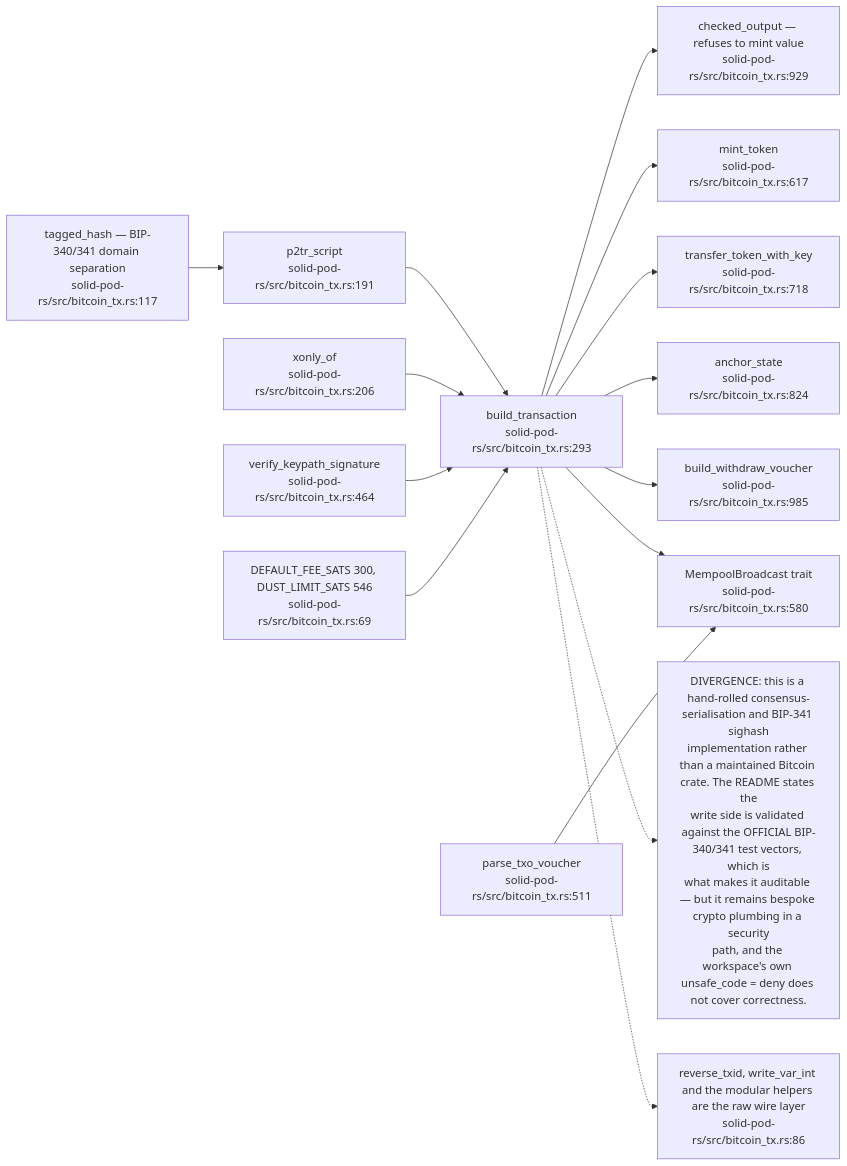
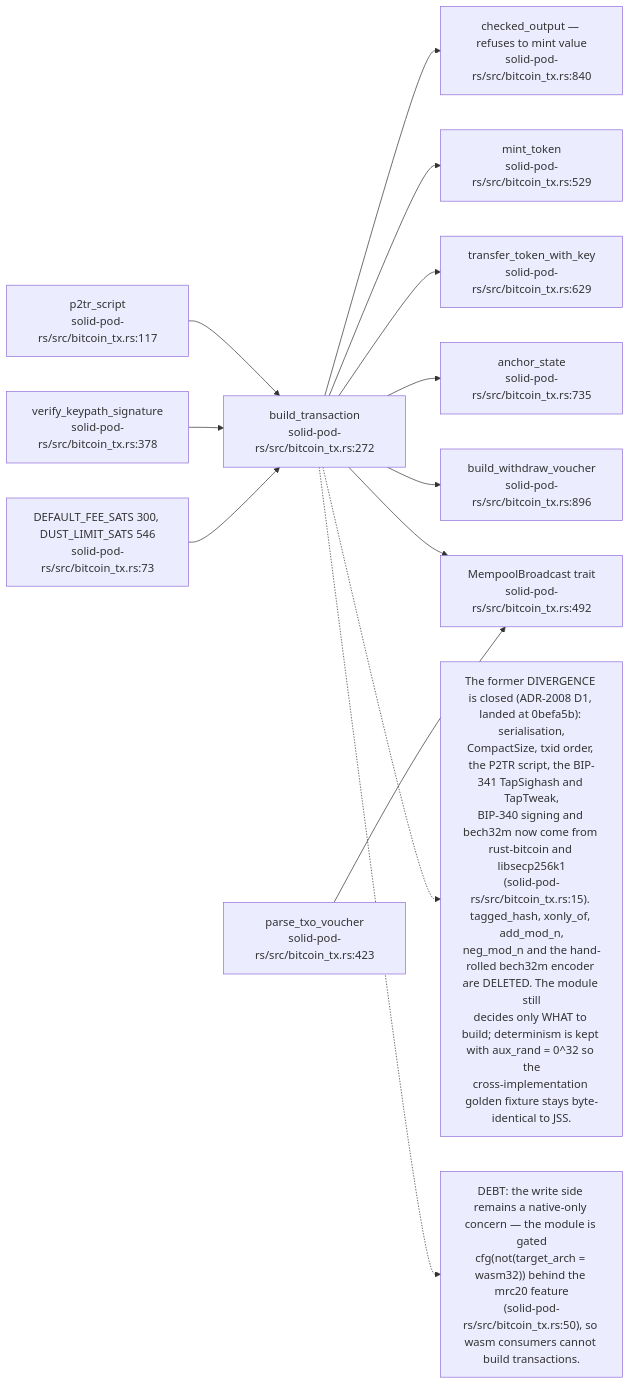
The ninth of 17 diagrams in docs/diagrams/solid-pod-rs/07-provenance-and-payments.md (DreamLab-AI/VisionFlow), drawn with Mermaid before and after one commit. The commit also changed other lines of this file and 111 other files, not shown here.

Commit message:
docs(diagrams): align estate maps with current source

````diff
--- a/docs/diagrams/solid-pod-rs/07-provenance-and-payments.md
+++ b/docs/diagrams/solid-pod-rs/07-provenance-and-payments.md
@@ -259,32 +259,29 @@
 ```mermaid
 flowchart LR
-    BLD["build_transaction<br/>solid-pod-rs/src/bitcoin_tx.rs:293"]
-    P2TR["p2tr_script<br/>solid-pod-rs/src/bitcoin_tx.rs:191"]
-    TAG["tagged_hash — BIP-340/341 domain separation<br/>solid-pod-rs/src/bitcoin_tx.rs:117"]
-    XO["xonly_of<br/>solid-pod-rs/src/bitcoin_tx.rs:206"]
-    VS["verify_keypath_signature<br/>solid-pod-rs/src/bitcoin_tx.rs:464"]
-    FEE["DEFAULT_FEE_SATS 300, DUST_LIMIT_SATS 546<br/>solid-pod-rs/src/bitcoin_tx.rs:69"]
-    CO["checked_output — refuses to mint value<br/>solid-pod-rs/src/bitcoin_tx.rs:929"]
-    MINT["mint_token<br/>solid-pod-rs/src/bitcoin_tx.rs:617"]
-    XFER["transfer_token_with_key<br/>solid-pod-rs/src/bitcoin_tx.rs:718"]
-    ANC["anchor_state<br/>solid-pod-rs/src/bitcoin_tx.rs:824"]
-    VCH["build_withdraw_voucher<br/>solid-pod-rs/src/bitcoin_tx.rs:985"]
-    TXO["parse_txo_voucher<br/>solid-pod-rs/src/bitcoin_tx.rs:511"]
-    BC["MempoolBroadcast trait<br/>solid-pod-rs/src/bitcoin_tx.rs:580"]
+    BLD["build_transaction<br/>solid-pod-rs/src/bitcoin_tx.rs:272"]
+    P2TR["p2tr_script<br/>solid-pod-rs/src/bitcoin_tx.rs:117"]
+    VS["verify_keypath_signature<br/>solid-pod-rs/src/bitcoin_tx.rs:378"]
+    FEE["DEFAULT_FEE_SATS 300, DUST_LIMIT_SATS 546<br/>solid-pod-rs/src/bitcoin_tx.rs:73"]
+    CO["checked_output — refuses to mint value<br/>solid-pod-rs/src/bitcoin_tx.rs:840"]
+    MINT["mint_token<br/>solid-pod-rs/src/bitcoin_tx.rs:529"]
+    XFER["transfer_token_with_key<br/>solid-pod-rs/src/bitcoin_tx.rs:629"]
+    ANC["anchor_state<br/>solid-pod-rs/src/bitcoin_tx.rs:735"]
+    VCH["build_withdraw_voucher<br/>solid-pod-rs/src/bitcoin_tx.rs:896"]
+    TXO["parse_txo_voucher<br/>solid-pod-rs/src/bitcoin_tx.rs:423"]
+    BC["MempoolBroadcast trait<br/>solid-pod-rs/src/bitcoin_tx.rs:492"]
 
-    TAG --> P2TR --> BLD --> CO
-    XO --> BLD
+    P2TR --> BLD --> CO
     BLD --> MINT
     BLD --> XFER
     BLD --> ANC
     BLD --> VCH
     BLD --> BC
     VS --> BLD
     FEE --> BLD
     TXO --> BC
 
-    N["DIVERGENCE: this is a hand-rolled consensus-serialisation and BIP-341 sighash<br/>implementation rather than a maintained Bitcoin crate. The README states the<br/>write side is validated against the OFFICIAL BIP-340/341 test vectors, which is<br/>what makes it auditable — but it remains bespoke crypto plumbing in a security<br/>path, and the workspace's own unsafe_code = deny does not cover correctness."]
+    N["The former DIVERGENCE is closed (ADR-2008 D1, landed at 0befa5b): serialisation,<br/>CompactSize, txid order, the P2TR script, the BIP-341 TapSighash and TapTweak,<br/>BIP-340 signing and bech32m now come from rust-bitcoin and libsecp256k1<br/>(solid-pod-rs/src/bitcoin_tx.rs:15). tagged_hash, xonly_of, add_mod_n,<br/>neg_mod_n and the hand-rolled bech32m encoder are DELETED. The module still<br/>decides only WHAT to build; determinism is kept with aux_rand = 0^32 so the<br/>cross-implementation golden fixture stays byte-identical to JSS."]
     BLD -.-> N
-    N2["reverse_txid, write_var_int and the modular helpers are the raw wire layer<br/>solid-pod-rs/src/bitcoin_tx.rs:86"]
+    N2["DEBT: the write side remains a native-only concern — the module is gated<br/>cfg(not(target_arch = wasm32)) behind the mrc20 feature<br/>(solid-pod-rs/src/bitcoin_tx.rs:50), so wasm consumers cannot build transactions."]
     BLD -.-> N2
 ```
````
